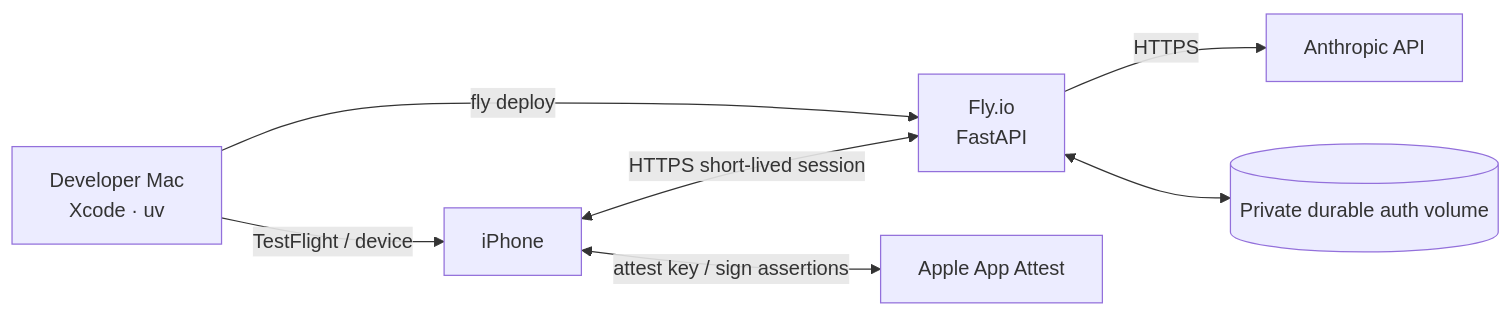
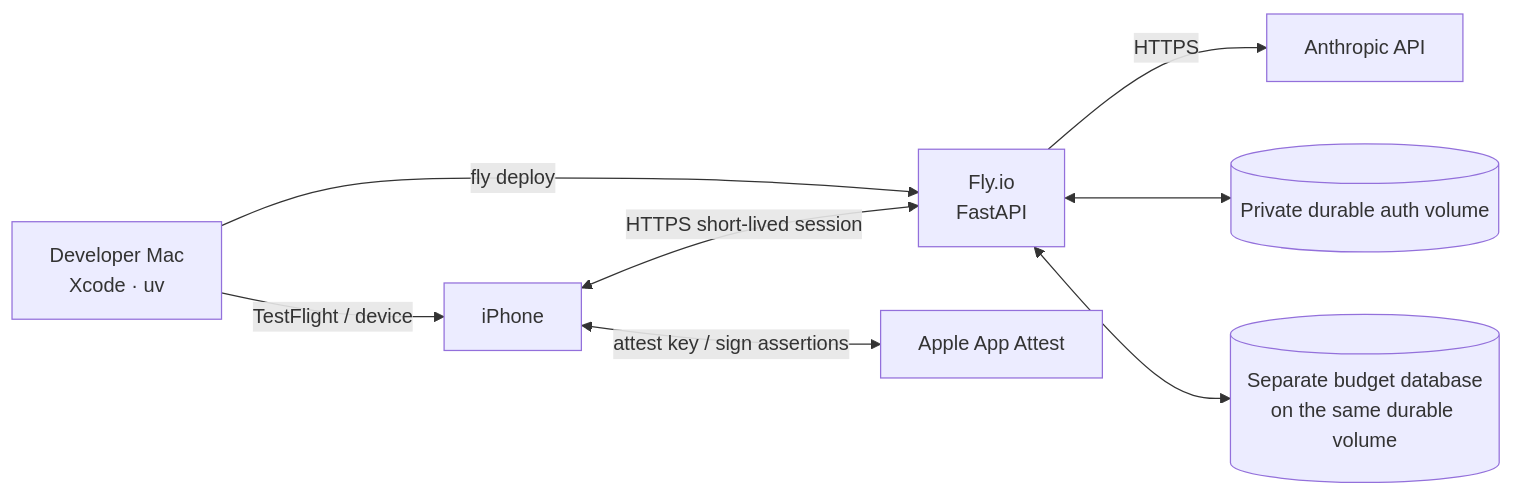
The sixth of 6 diagrams in docs/architecture.md (tzehon/wardrobe-stylist), drawn with Mermaid before and after one commit. The commit also changed other lines of this file and 33 other files, not shown here.

````diff
--- a/docs/architecture.md
+++ b/docs/architecture.md
@@ -241,9 +277,10 @@
 ```mermaid
 flowchart LR
     Dev["Developer Mac<br/>Xcode · uv"] -->|"TestFlight / device"| Phone["iPhone"]
     Dev -->|"fly deploy"| Fly["Fly.io<br/>FastAPI"]
     Phone <-->|"HTTPS short-lived session"| Fly
     Fly -->|"HTTPS"| Anthropic["Anthropic API"]
     Phone <-->|"attest key / sign assertions"| Apple["Apple App Attest"]
     Fly <--> AuthDB[("Private durable auth volume")]
+    Fly <--> BudgetDB[("Separate budget database<br/>on the same durable volume")]
 ```
````
